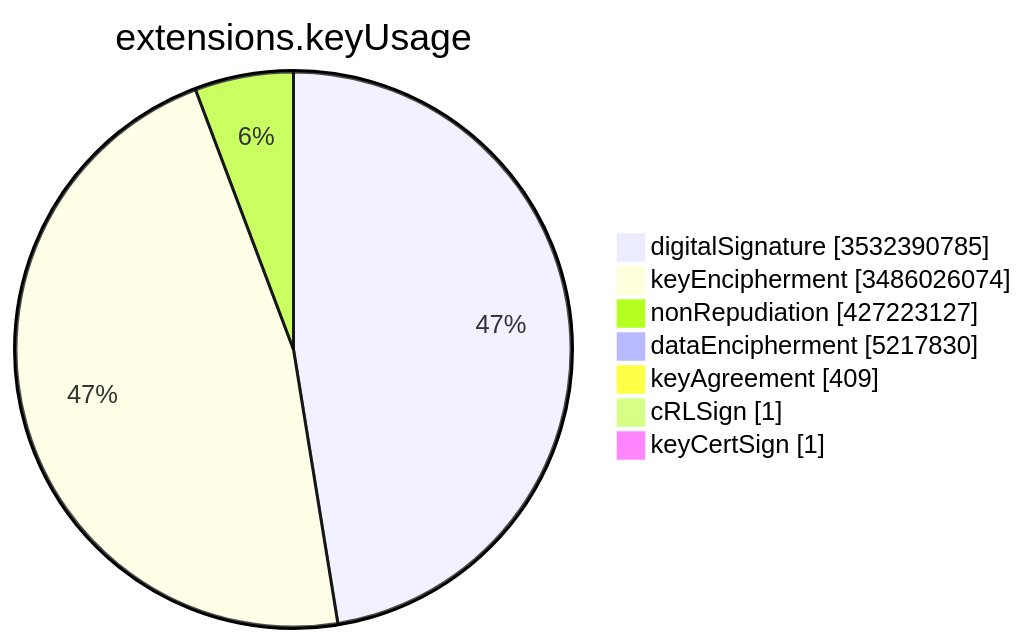
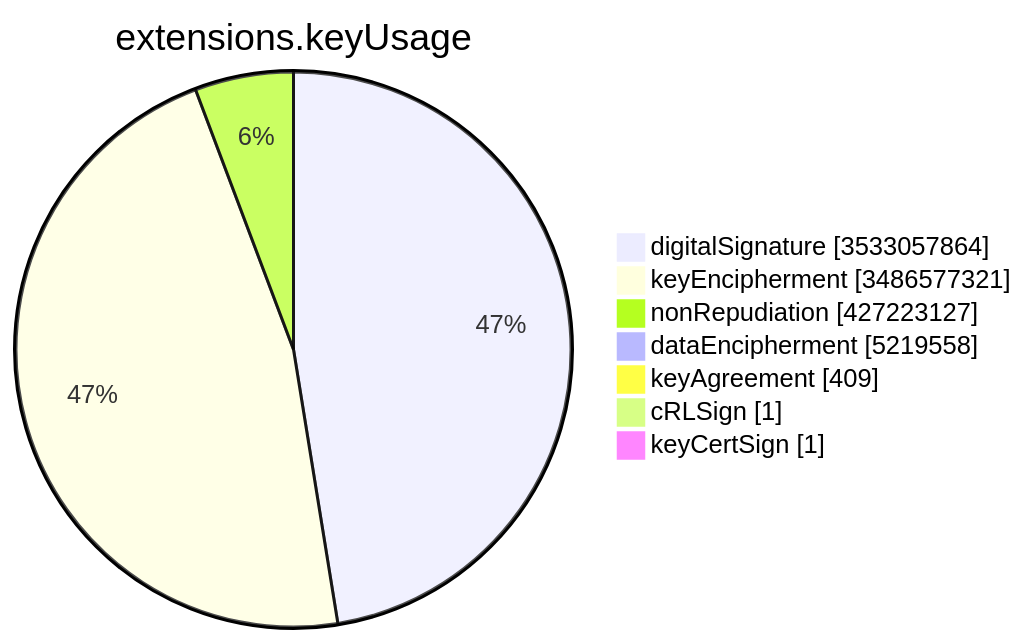
The sixth of 15 diagrams in TOTAL/README.md (christiankrug/ctmonitor_visualization), drawn with Mermaid before and after one commit. The commit also changed other lines of this file, not shown here.

````diff
--- a/TOTAL/README.md
+++ b/TOTAL/README.md
@@ -3083,11 +3083,11 @@
 ```mermaid
 pie showData
 title extensions.keyUsage
-"digitalSignature" :3532390785
-"keyEncipherment" :3486026074
+"digitalSignature" :3533057864
+"keyEncipherment" :3486577321
 "nonRepudiation" :427223127
-"dataEncipherment" :5217830
+"dataEncipherment" :5219558
 "keyAgreement" :409
 "cRLSign" :1
 "keyCertSign" :1
 ```
````
